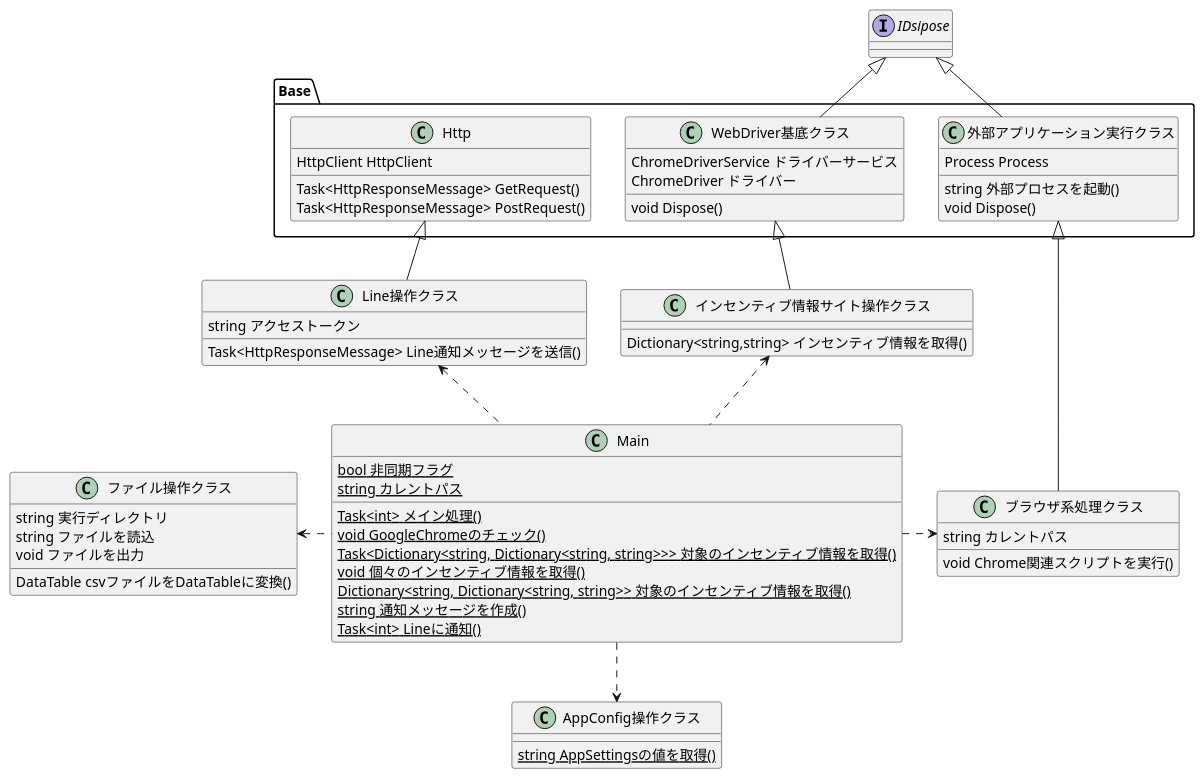
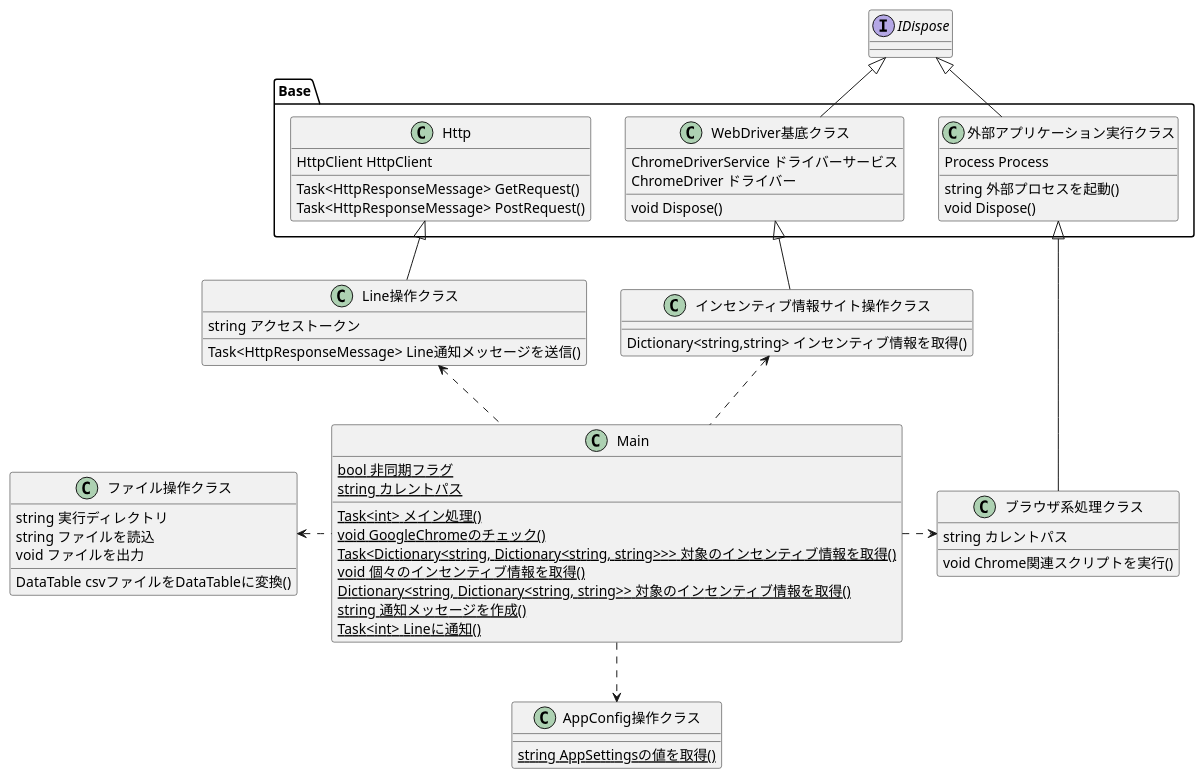
The diagram in ClassDiagram.pu (SoichiroSato/IncentiveCheckerForDemaekan), drawn with PlantUML before and after one commit.

Commit message:
スペルミスを修正

```diff
--- a/ClassDiagram.pu
+++ b/ClassDiagram.pu
@@ -1,73 +1,73 @@
 @startuml IncentiveCheckerforDemaekan
 class Main{
     {static} bool 非同期フラグ
     {static} string カレントパス
     {static} Task<int> メイン処理()
     {static} void GoogleChromeのチェック()
     {static} Task<Dictionary<string, Dictionary<string, string>>> 対象のインセンティブ情報を取得()
     {static} void 個々のインセンティブ情報を取得()
     {static} Dictionary<string, Dictionary<string, string>> 対象のインセンティブ情報を取得()
     {static} string 通知メッセージを作成()
     {static} Task<int> Lineに通知()
 }
 
 class ファイル操作クラス{
     string 実行ディレクトリ
     DataTable csvファイルをDataTableに変換()
     string ファイルを読込
     void ファイルを出力
 }
 
 class AppConfig操作クラス{
     {static} string AppSettingsの値を取得()
 }
 package Base{
     class Http{
         HttpClient HttpClient
         Task<HttpResponseMessage> GetRequest()
         Task<HttpResponseMessage> PostRequest()
     }
 
     class 外部アプリケーション実行クラス{
         Process Process
         string 外部プロセスを起動()
         void Dispose()
     }
 
     class WebDriver基底クラス{
         ChromeDriverService ドライバーサービス
         ChromeDriver ドライバー
         void Dispose()
     }
 }
 class インセンティブ情報サイト操作クラス{
     Dictionary<string,string> インセンティブ情報を取得()
 }
 
 class ブラウザ系処理クラス{
     string カレントパス
     void Chrome関連スクリプトを実行()
 }
 
 class Line操作クラス{
     string アクセストークン
     Task<HttpResponseMessage> Line通知メッセージを送信()
 }
 
 
-interface IDsipose{
+interface IDispose{
 
 }
 
 
 Main.> ブラウザ系処理クラス
 Main..> AppConfig操作クラス
 ファイル操作クラス<. Main
 インセンティブ情報サイト操作クラス <.. Main
 Line操作クラス <.. Main
 Http <|-- Line操作クラス
-IDsipose <|-- 外部アプリケーション実行クラス
-IDsipose <|-- WebDriver基底クラス
+IDispose <|-- 外部アプリケーション実行クラス
+IDispose <|-- WebDriver基底クラス
 WebDriver基底クラス <|-- インセンティブ情報サイト操作クラス
 外部アプリケーション実行クラス <|-- ブラウザ系処理クラス
 @enduml
```
